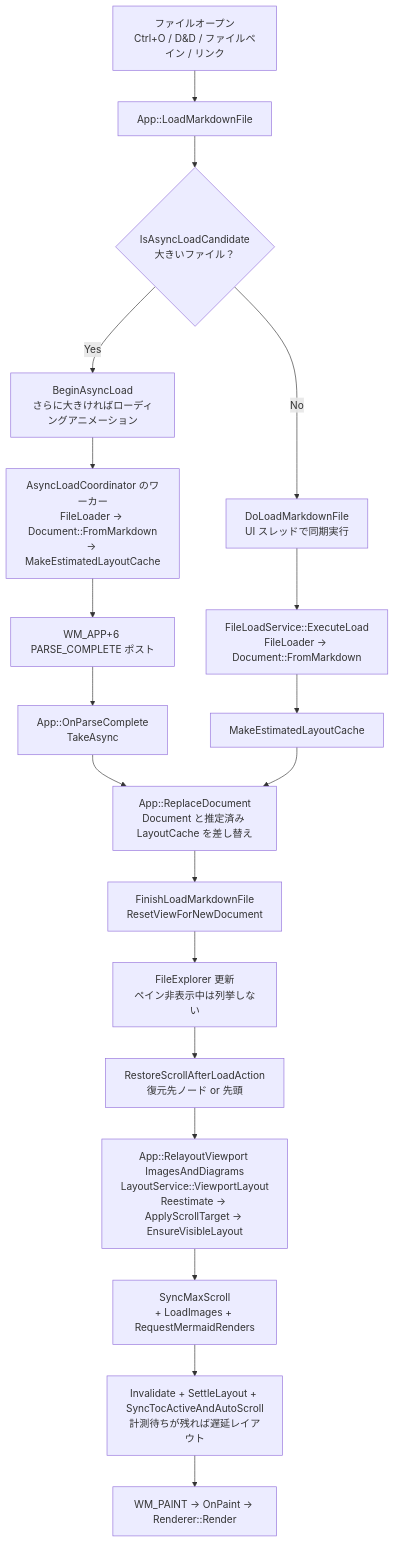
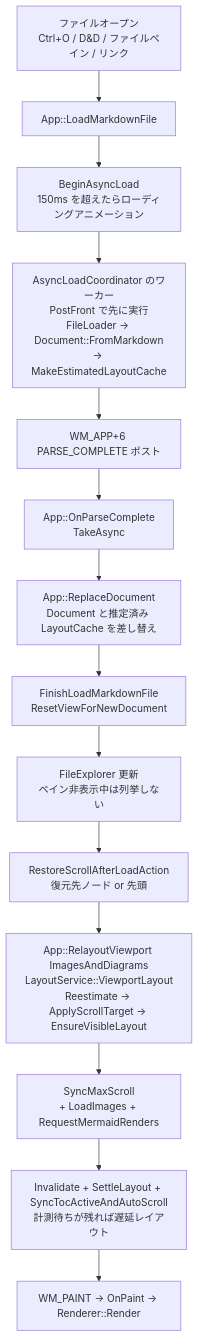
One commit to tanaton/mendo changed diagram 18 of 27 in example/test.md. Above: the diagram before and after it, drawn with Mermaid. The commit also changed other lines of this file and 44 other files, not shown here.

````diff
--- a/example/test.md
+++ b/example/test.md
@@ -3185,22 +3180,17 @@
 ```mermaid
 flowchart TD
     TRIGGER[ファイルオープン<br>Ctrl+O / D&D / ファイルペイン / リンク] --> LMF[App::LoadMarkdownFile]
-    LMF --> ANIM{IsAsyncLoadCandidate<br>大きいファイル？}
-    ANIM -->|Yes| ASYNC[BeginAsyncLoad<br>さらに大きければローディングアニメーション]
-    ANIM -->|No| SYNC[DoLoadMarkdownFile<br>UI スレッドで同期実行]
-    ASYNC --> WORKER[AsyncLoadCoordinator のワーカー<br>FileLoader → Document::FromMarkdown<br>→ MakeEstimatedLayoutCache]
+    LMF --> ASYNC[BeginAsyncLoad<br>150ms を超えたらローディングアニメーション]
+    ASYNC --> WORKER[AsyncLoadCoordinator のワーカー<br>PostFront で先に実行<br>FileLoader → Document::FromMarkdown<br>→ MakeEstimatedLayoutCache]
     WORKER --> POST[WM_APP+6 PARSE_COMPLETE ポスト]
     POST --> OPC[App::OnParseComplete<br>TakeAsync]
-    SYNC --> EXEC[FileLoadService::ExecuteLoad<br>FileLoader → Document::FromMarkdown]
-    EXEC --> EST[MakeEstimatedLayoutCache]
 
     OPC --> REPL[App::ReplaceDocument<br>Document と推定済み LayoutCache を差し替え]
-    EST --> REPL
     REPL --> RESET[FinishLoadMarkdownFile<br>ResetViewForNewDocument]
     RESET --> FE[FileExplorer 更新<br>ペイン非表示中は列挙しない]
     FE --> RESTORE[RestoreScrollAfterLoadAction<br>復元先ノード or 先頭]
     RESTORE --> LAYOUT[App::RelayoutViewport ImagesAndDiagrams<br>LayoutService::ViewportLayout<br>Reestimate → ApplyScrollTarget → EnsureVisibleLayout]
     LAYOUT --> FINAL[SyncMaxScroll<br>+ LoadImages + RequestMermaidRenders]
     FINAL --> INVAL[Invalidate + SettleLayout + SyncTocActiveAndAutoScroll<br>計測待ちが残れば遅延レイアウト]
     INVAL --> PAINT[WM_PAINT → OnPaint → Renderer::Render]
 ```
````
